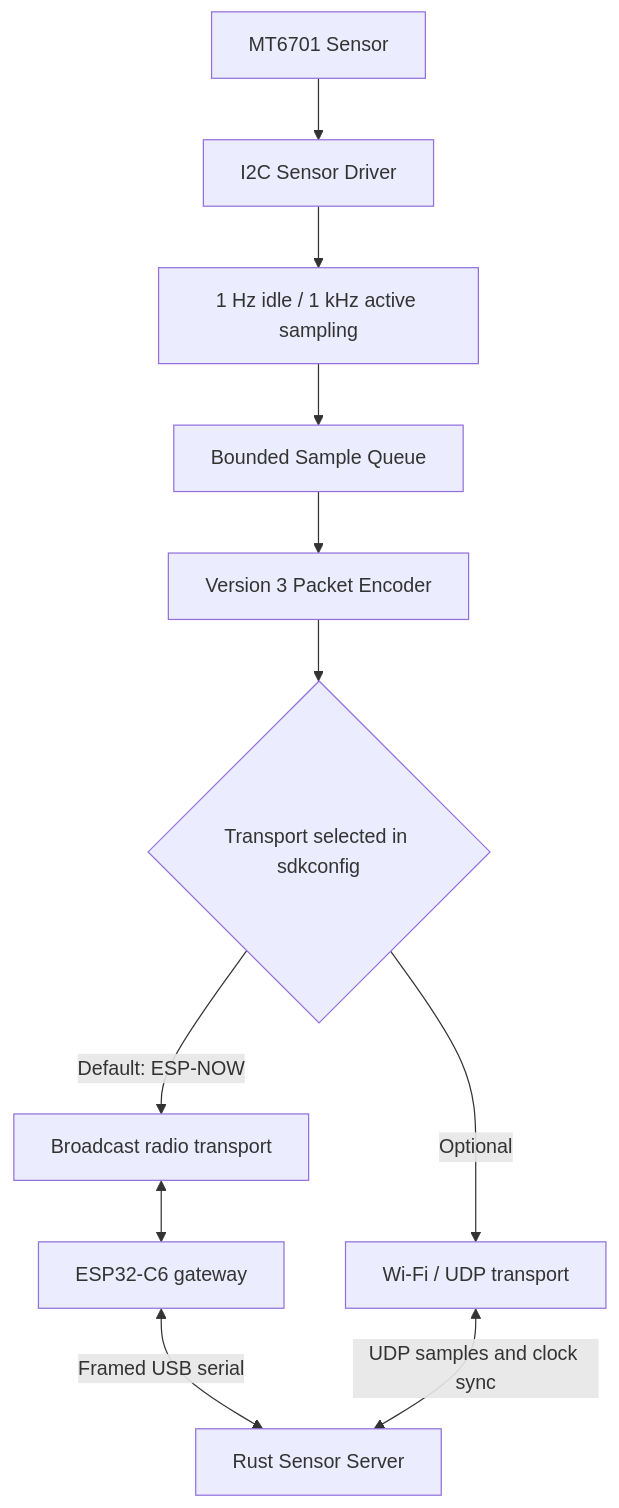
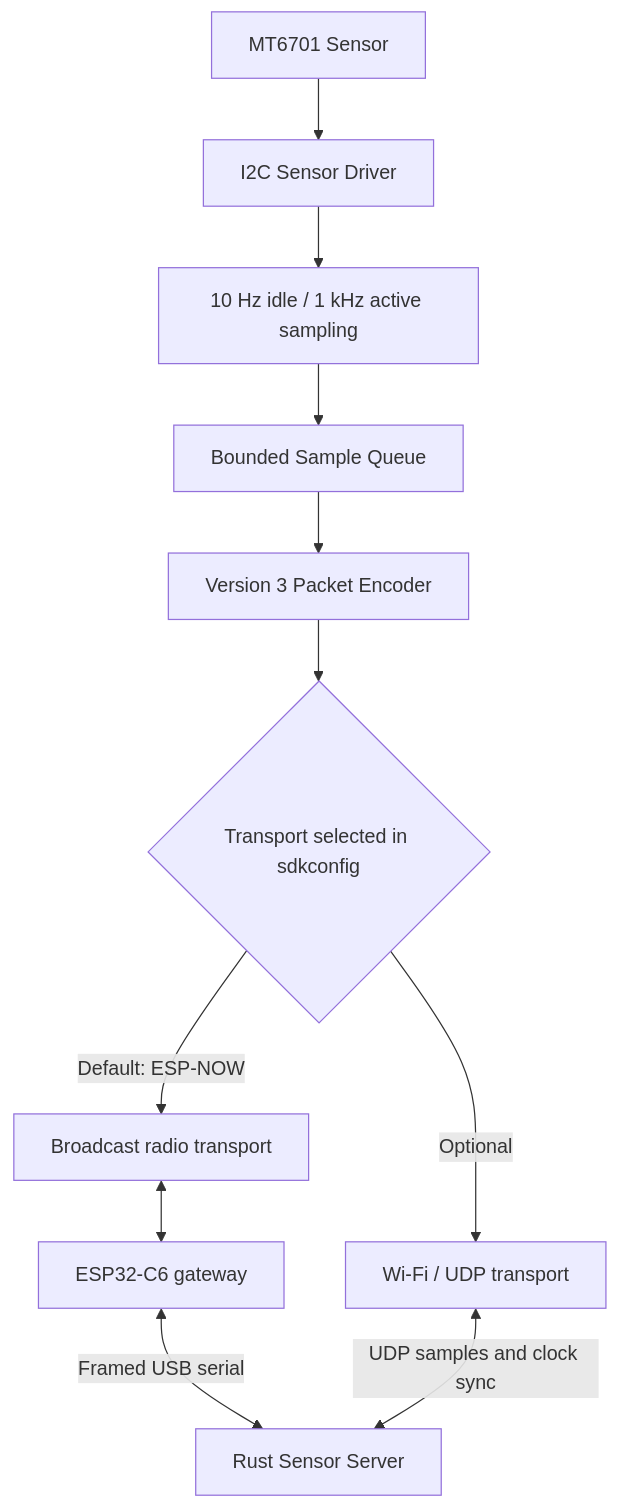
One commit to Neko-vecter/inverted-pendulum-sensor changed the second of 5 diagrams in docs/architecture.md. Above: the diagram before and after it, drawn with Mermaid. The commit also changed other lines of this file and 10 other files, not shown here.

````diff
--- a/docs/architecture.md
+++ b/docs/architecture.md
@@ -26,13 +26,13 @@
 ```mermaid
 flowchart TD
     Sensor["MT6701 Sensor"] --> Driver["I2C Sensor Driver"]
-    Driver --> Sampler["1 Hz idle / 1 kHz active sampling"]
+    Driver --> Sampler["10 Hz idle / 1 kHz active sampling"]
     Sampler --> Queue["Bounded Sample Queue"]
     Queue --> Encoder["Version 3 Packet Encoder"]
     Encoder --> Select{"Transport selected in sdkconfig"}
     Select -->|Default: ESP-NOW| Radio["Broadcast radio transport"]
     Radio <--> Gateway["ESP32-C6 gateway"]
     Gateway <-->|"Framed USB serial"| Server["Rust Sensor Server"]
     Select -->|Optional| UDP["Wi-Fi / UDP transport"]
     UDP <-->|"UDP samples and clock sync"| Server
 ```
````
